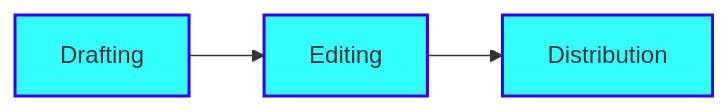
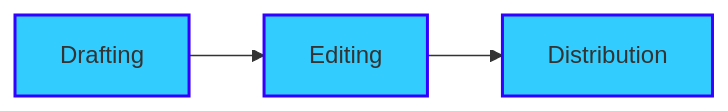
The second of 3 diagrams in myworkflow.md (giorgio-bendoni/giorgio-bendoni.github.io), drawn with Mermaid before and after one commit. The commit also changed other lines of this file, not shown here.

```diff
--- a/myworkflow.md
+++ b/myworkflow.md
@@ -25,8 +25,8 @@
     <div class="mermaid">
     graph LR
     A[Drafting] --> B[Editing]
     B --> C[Distribution]
-    style A fill:#3ff,stroke:#30f,stroke-width:2px
-    style B fill:#3ff,stroke:#30f,stroke-width:2px
-    style C fill:#3ff,stroke:#30f,stroke-width:2px
+    style A fill:#3cf,stroke:#30f,stroke-width:2px
+    style B fill:#3cf,stroke:#30f,stroke-width:2px
+    style C fill:#3cf,stroke:#30f,stroke-width:2px
     </div>
```
